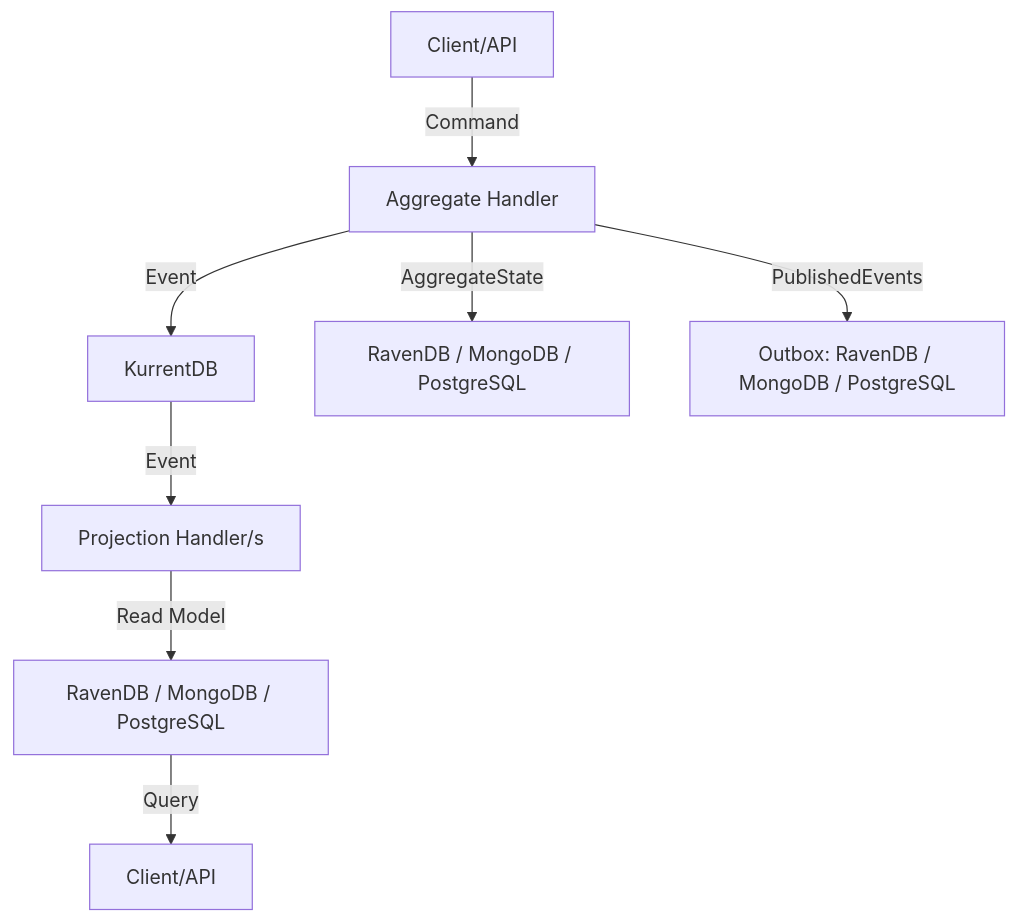
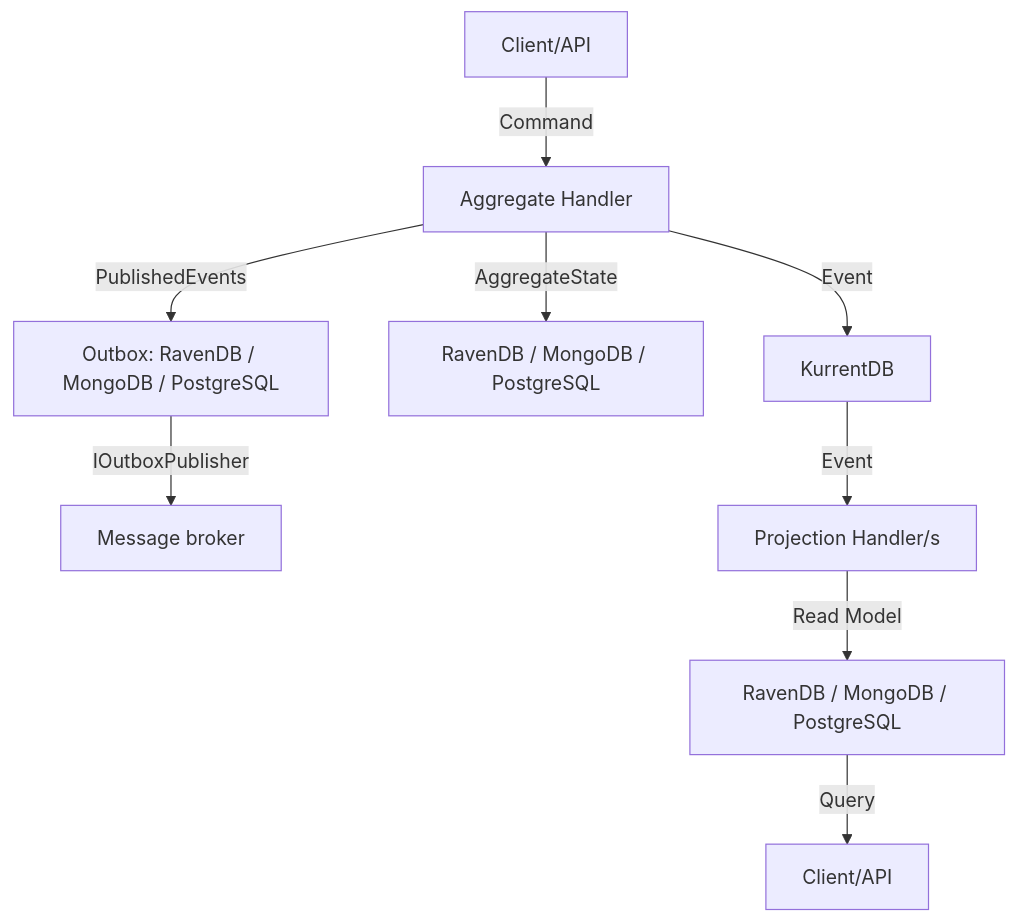
The diagram in README.md (si-informational-systems/Rosetta), drawn with Mermaid before and after one commit. The commit also changed other lines of this file and 53 other files, not shown here.

````diff
--- a/README.md
+++ b/README.md
@@ -38,10 +38,11 @@
 ```mermaid
 graph TD
     A[Client/API] -->|Command| B[Aggregate Handler]
     B -->|Event| C[KurrentDB]
     B -->|AggregateState| G[RavenDB / MongoDB / PostgreSQL]
     B -->|PublishedEvents| H[Outbox: RavenDB / MongoDB / PostgreSQL]
+    H -->|IOutboxPublisher| I[Message broker]
     C -->|Event| D[Projection Handler/s]
     D -->|Read Model| E[RavenDB / MongoDB / PostgreSQL]
     E -->|Query| F[Client/API]
 ```
````
